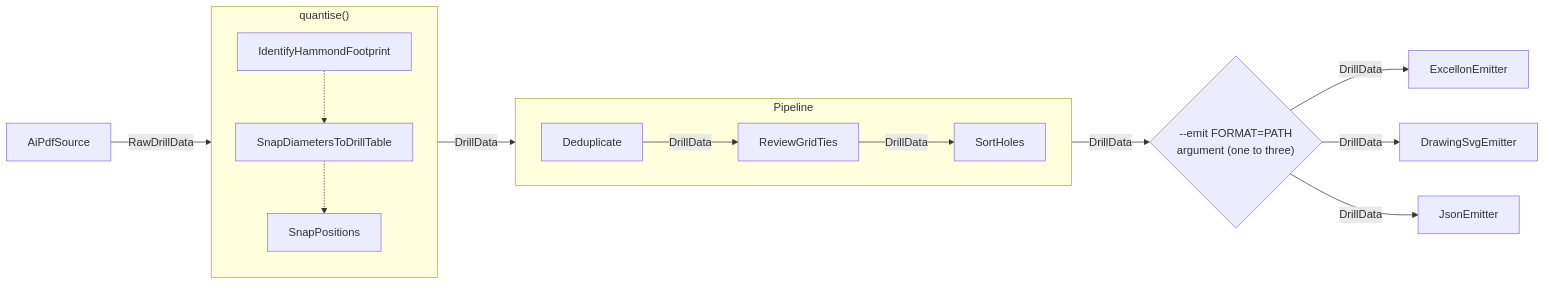
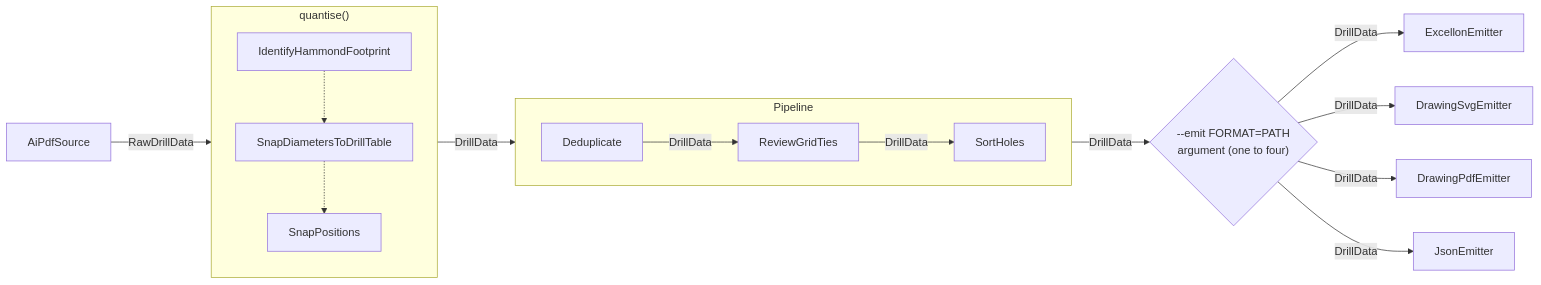
The diagram in docs/adr/0001-pipeline-and-emitter-adapters.md (sheophe/stompcad), drawn with Mermaid before and after one commit. The commit also changed other lines of this file and 2 other files, not shown here.

First line of the commit message:
Accept ADR-0005 before widening the emitter payload

````diff
--- a/docs/adr/0001-pipeline-and-emitter-adapters.md
+++ b/docs/adr/0001-pipeline-and-emitter-adapters.md
@@ -37,34 +38,36 @@
 ```mermaid
 flowchart LR
     source["AiPdfSource"]
 
     subgraph quantise["quantise()"]
         direction TB
         footprint["IdentifyHammondFootprint"]
         snap_drill["SnapDiametersToDrillTable"]
         snap_position["SnapPositions"]
         footprint -.-> snap_drill
         snap_drill -.-> snap_position
     end
 
     subgraph pipeline["Pipeline"]
         direction LR
         dedupe["Deduplicate"]
         ties["ReviewGridTies"]
         sort["SortHoles"]
         dedupe -->|DrillData| ties
         ties -->|DrillData| sort
     end
 
     excellon["ExcellonEmitter"]
     drawing["DrawingSvgEmitter"]
+    drawing_pdf["DrawingPdfEmitter"]
     json["JsonEmitter"]
-    selected{"--emit FORMAT=PATH<br/>argument (one to three)"}
+    selected{"--emit FORMAT=PATH<br/>argument (one to four)"}
 
     source -->|RawDrillData| quantise
     quantise -->|DrillData| dedupe
     sort -->|DrillData| selected
     selected -->|DrillData| excellon
     selected -->|DrillData| drawing
+    selected -->|DrillData| drawing_pdf
     selected -->|DrillData| json
 ```
````
